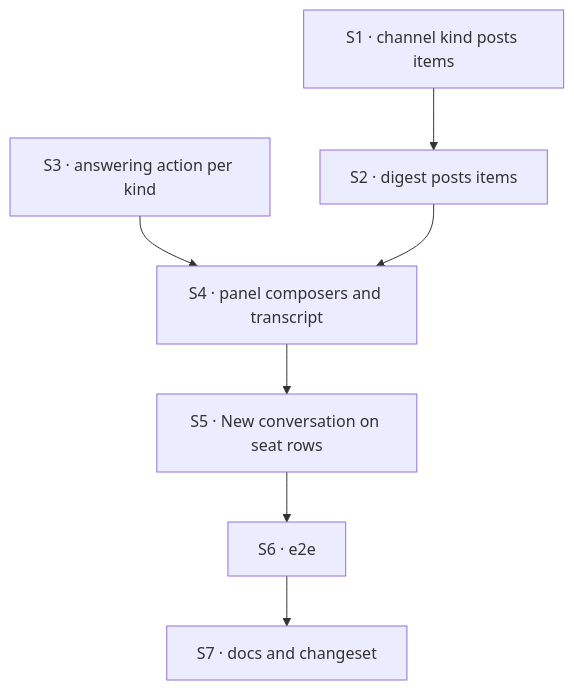
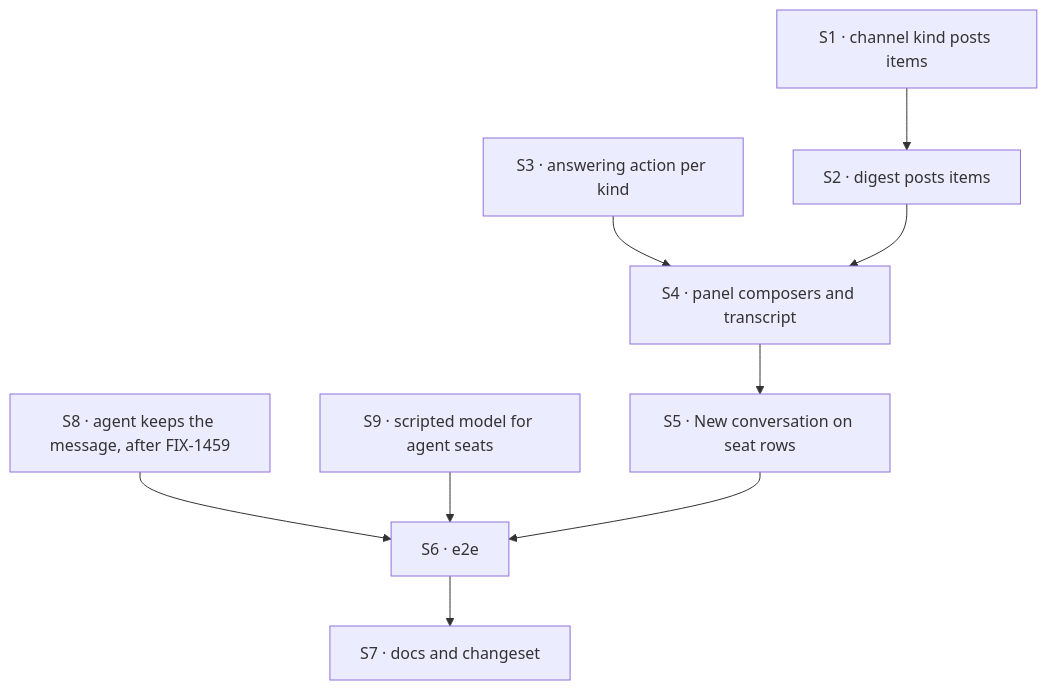
Before and after one commit to fixpoint-labs/flow-state-dev: the diagram in specs/issues/FIX-1585/PLAN.md, drawn with Mermaid. The commit also changed other lines of this file and 6 other files, not shown here.

````diff
--- a/specs/issues/FIX-1585/PLAN.md
+++ b/specs/issues/FIX-1585/PLAN.md
@@ -22,9 +24,11 @@
 ```mermaid
 flowchart TD
   S1["S1 · channel kind posts items"] --> S2["S2 · digest posts items"]
   S3["S3 · answering action per kind"] --> S4["S4 · panel composers and transcript"]
   S2 --> S4
   S4 --> S5["S5 · New conversation on seat rows"]
+  S8["S8 · agent keeps the message, after FIX-1459"] --> S6
+  S9["S9 · scripted model for agent seats"] --> S6
   S5 --> S6["S6 · e2e"]
   S6 --> S7["S7 · docs and changeset"]
 ```
````
